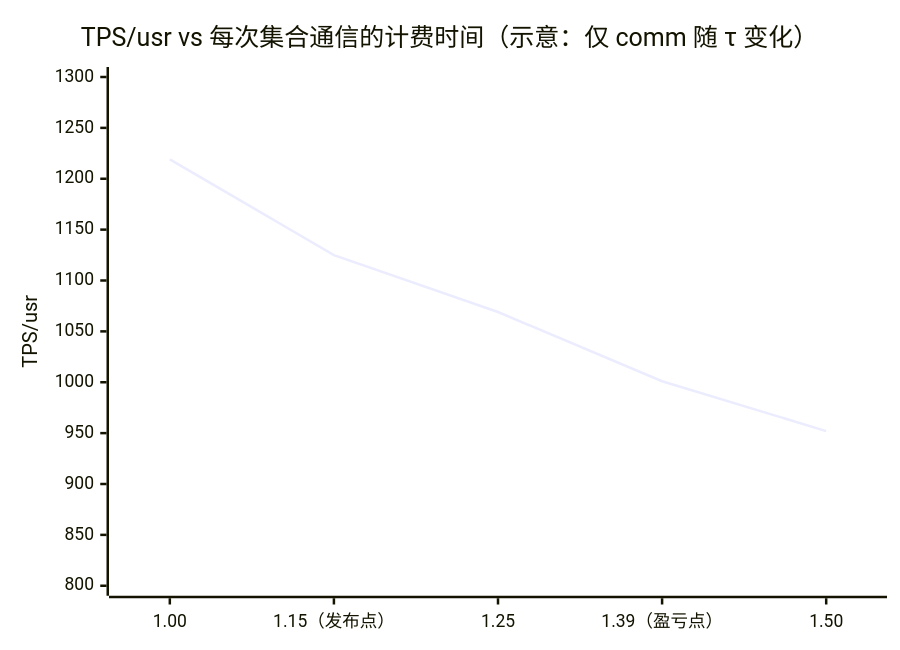
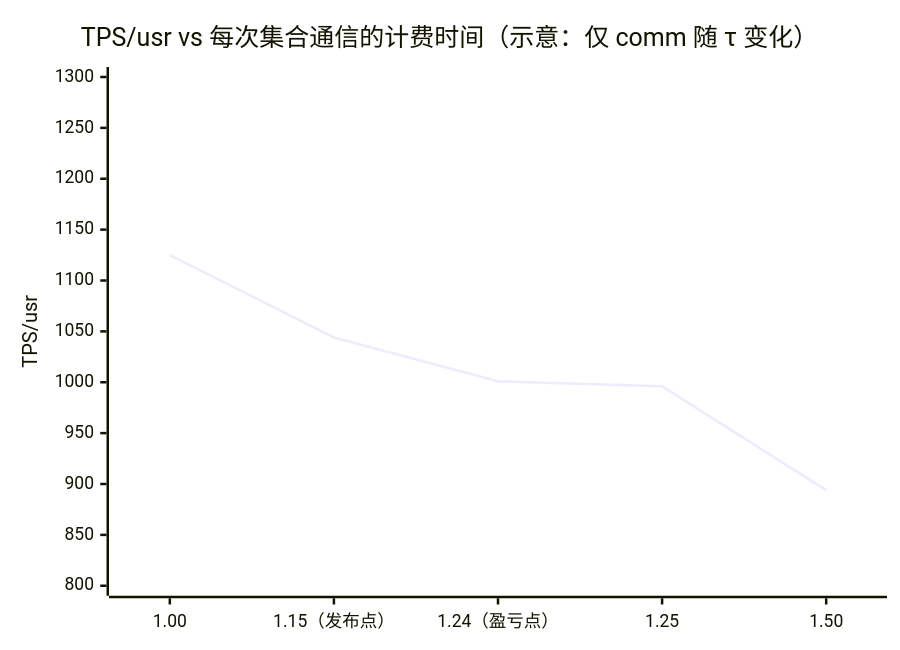
Before and after one commit to xqdan/xihu: the eighth of 10 diagrams in teams/software/docs/COLLECTIVE_SCHEDULE.md, drawn with Mermaid. The commit also changed other lines of this file and 38 other files, not shown here.

````diff
--- a/teams/software/docs/COLLECTIVE_SCHEDULE.md
+++ b/teams/software/docs/COLLECTIVE_SCHEDULE.md
@@ -204,7 +204,7 @@
 ```mermaid
 xychart-beta
   title "TPS/usr vs 每次集合通信的计费时间（示意：仅 comm 随 τ 变化）"
-  x-axis ["1.00", "1.15（发布点）", "1.25", "1.39（盈亏点）", "1.50"]
+  x-axis ["1.00", "1.15（发布点）", "1.24（盈亏点）", "1.25", "1.50"]
   y-axis "TPS/usr" 800 --> 1300
-  line [1219, 1125, 1069, 1001, 952]
+  line [1125, 1044, 1001, 996, 894]
 ```
````
